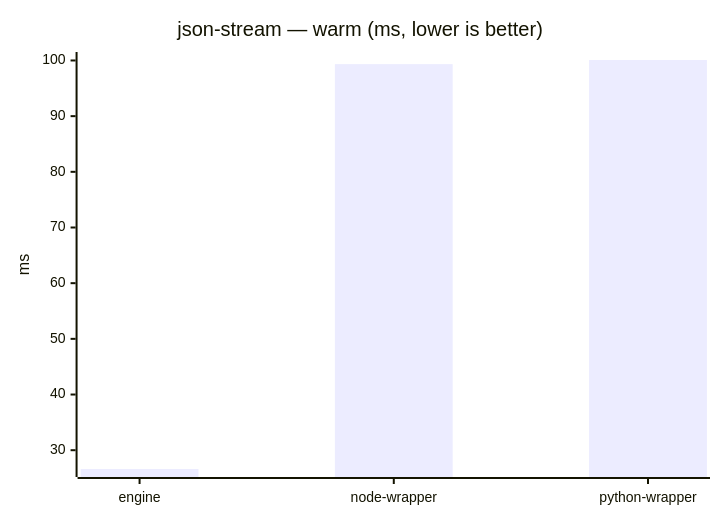
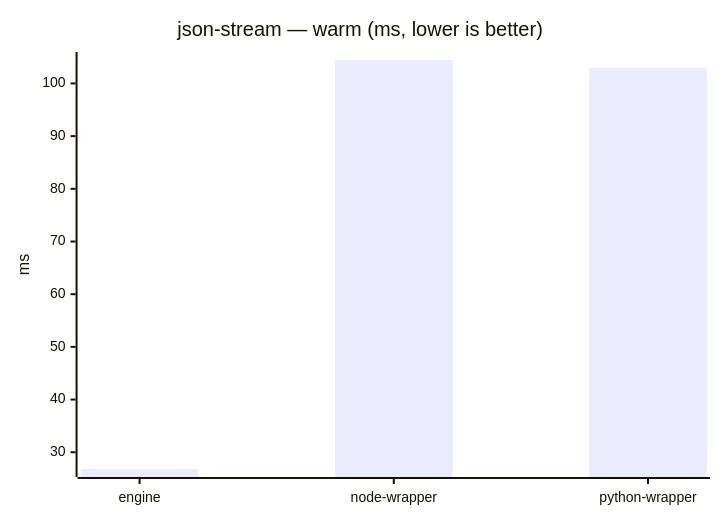
Before and after one commit to mulesoft/data-weave-cli: diagram 12 of 23 in benchmarks/report/RESULTS.md, drawn with Mermaid. The commit also changed other lines of this file, not shown here.

````diff
--- a/benchmarks/report/RESULTS.md
+++ b/benchmarks/report/RESULTS.md
@@ -144,7 +142,7 @@
 ```mermaid
 xychart-beta
     title "json-stream — warm (ms, lower is better)"
     x-axis ["engine", "node-wrapper", "python-wrapper"]
     y-axis "ms"
-    bar [26.624, 99.339, 100.085]
+    bar [26.821, 104.45, 103.019]
 ```
````
